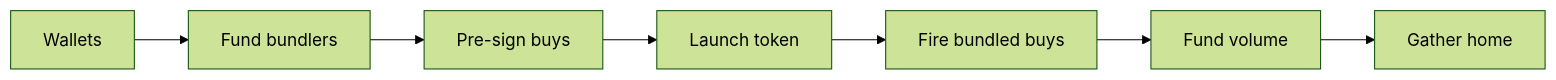
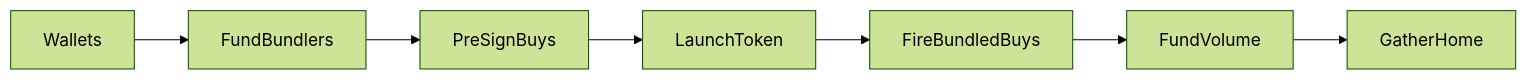
Before and after one commit to n9xdev/Robinhood-Bundler-Official: the second of 2 diagrams in README.md, drawn with Mermaid (forest theme). The commit also changed other lines of this file, not shown here.

````diff
--- a/README.md
+++ b/README.md
@@ -20,9 +81,9 @@
 ```mermaid
 flowchart LR
-  wallets[Wallets] --> fund[Fund bundlers]
-  fund --> presign[Pre-sign buys]
-  presign --> launch[Launch token]
-  launch --> fire[Fire bundled buys]
-  fire --> volume[Fund volume]
-  volume --> gather[Gather home]
+  wallets[Wallets] --> fund[FundBundlers]
+  fund --> presign[PreSignBuys]
+  presign --> launch[LaunchToken]
+  launch --> fire[FireBundledBuys]
+  fire --> volume[FundVolume]
+  volume --> gather[GatherHome]
 ```
````
